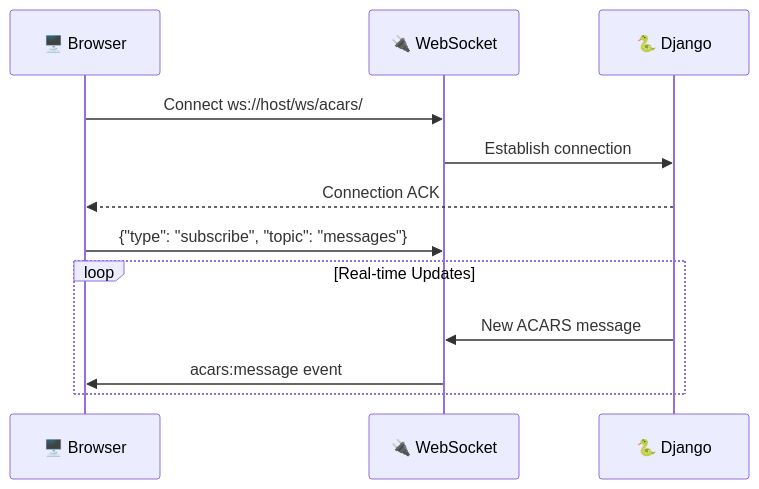
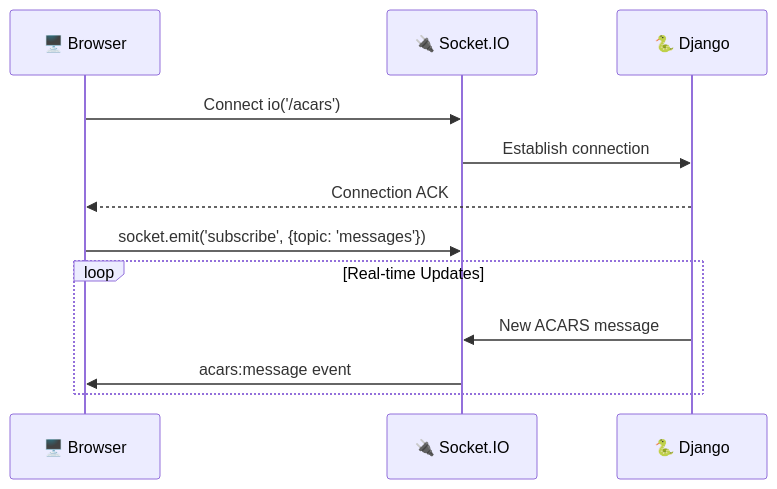
The fourth of 5 diagrams in docs/14-acars.md (CHA0S-CORP/SkySpy), drawn with Mermaid before and after one commit. The commit also changed other lines of this file and 5 other files, not shown here.

````diff
--- a/docs/14-acars.md
+++ b/docs/14-acars.md
@@ -700,17 +700,17 @@
 ```mermaid
 sequenceDiagram
     participant Client as 🖥️ Browser
-    participant WS as 🔌 WebSocket
+    participant WS as 🔌 Socket.IO
     participant Django as 🐍 Django
 
-    Client->>WS: Connect ws://host/ws/acars/
+    Client->>WS: Connect io('/acars')
     WS->>Django: Establish connection
     Django-->>Client: Connection ACK
 
-    Client->>WS: {"type": "subscribe", "topic": "messages"}
+    Client->>WS: socket.emit('subscribe', {topic: 'messages'})
 
     loop Real-time Updates
         Django->>WS: New ACARS message
         WS->>Client: acars:message event
     end
 ```
````
